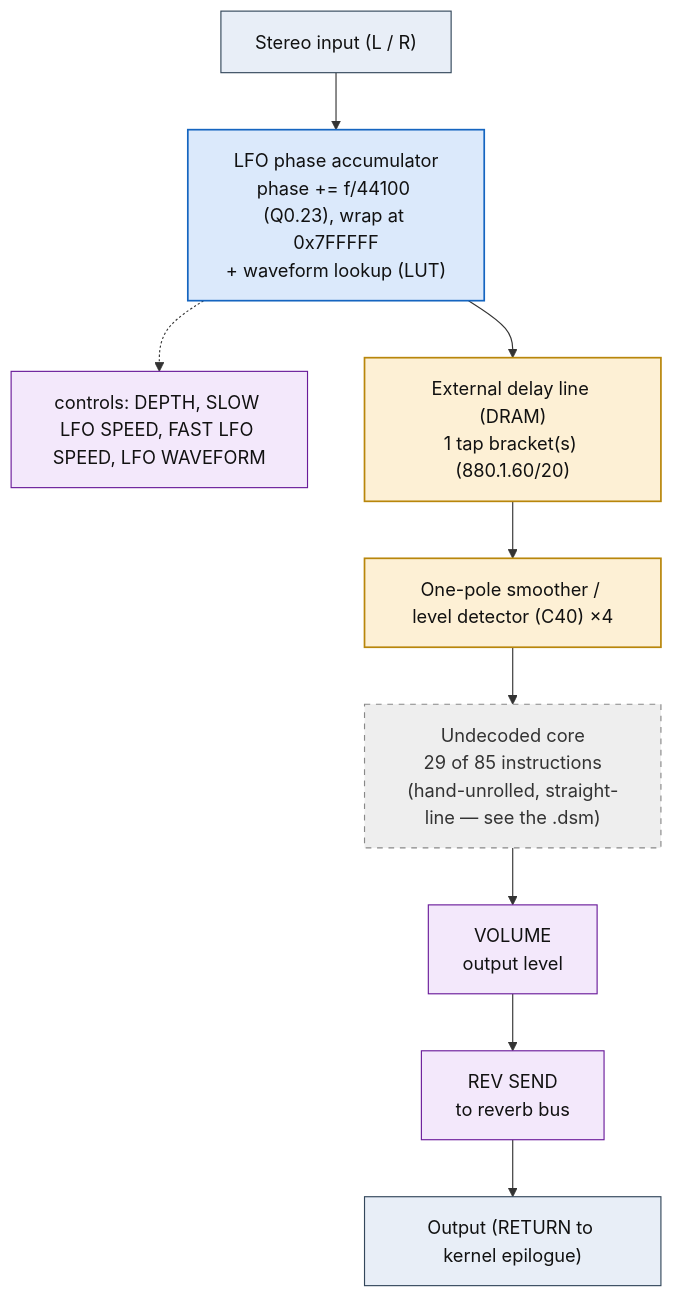
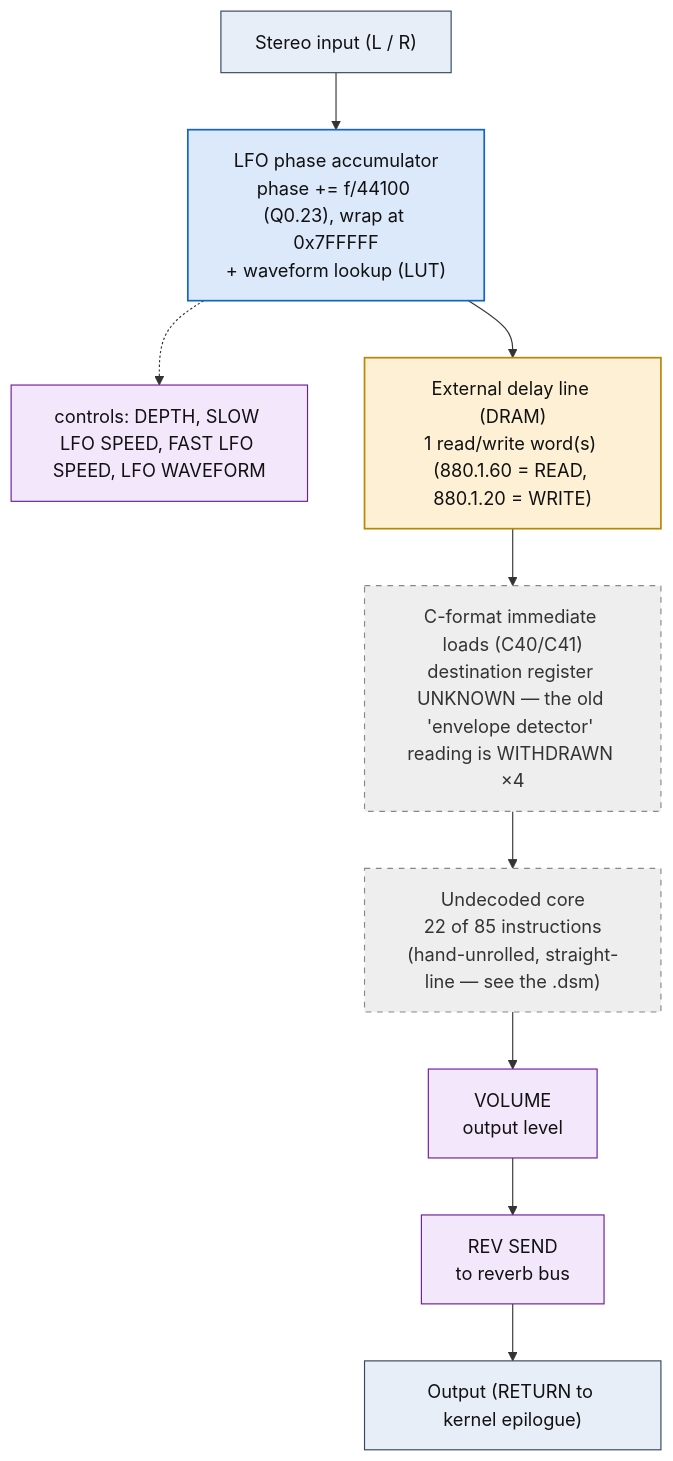
One commit to ArqueologiaDigital/KN5000-docs changed the diagram in flowcharts/prog02_modulated_chorus.md. Above: the diagram before and after it, drawn with Mermaid. The commit also changed other lines of this file and 38 other files, not shown here.

First line of the commit message:
flowcharts: withdraw the envelope-detector reading, decode the DRAM accesses

````diff
--- a/flowcharts/prog02_modulated_chorus.md
+++ b/flowcharts/prog02_modulated_chorus.md
@@ -19,32 +19,32 @@
 ```mermaid
 flowchart TD
     N0["Stereo input (L / R)"]
     N1["LFO phase accumulator<br/>phase += f/44100 (Q0.23), wrap at 0x7FFFFF<br/>+ waveform lookup (LUT)"]
     N0 --> N1
     N2["controls: DEPTH, SLOW LFO SPEED, FAST LFO SPEED, LFO WAVEFORM"]
     N1 -.-> N2
-    N3["External delay line (DRAM)<br/>1 tap bracket(s) (880.1.60/20)"]
+    N3["External delay line (DRAM)<br/>1 read/write word(s) (880.1.60 = READ, 880.1.20 = WRITE)"]
     N1 --> N3
-    N4["One-pole smoother / level detector (C40) &times;4"]
+    N4["C-format immediate loads (C40/C41)<br/>destination register UNKNOWN &mdash; the old 'envelope detector' reading is WITHDRAWN &times;4"]
     N3 --> N4
-    N5["Undecoded core<br/>29 of 85 instructions<br/>(hand-unrolled, straight-line &mdash; see the .dsm)"]
+    N5["Undecoded core<br/>22 of 85 instructions<br/>(hand-unrolled, straight-line &mdash; see the .dsm)"]
     N4 --> N5
     N6["VOLUME<br/>output level"]
     N5 --> N6
     N7["REV SEND<br/>to reverb bus"]
     N6 --> N7
     N8["Output (RETURN to kernel epilogue)"]
     N7 --> N8
 
     classDef io fill:#e8eef7,stroke:#33475b,stroke-width:1px,color:#111;
     classDef proven fill:#d7f0d7,stroke:#2e7d32,stroke-width:2px,color:#111;
     classDef measured fill:#dbe9fb,stroke:#1565c0,stroke-width:1.5px,color:#111;
     classDef inferred fill:#fdf0d5,stroke:#b8860b,stroke-width:1.5px,color:#111;
     classDef open fill:#eeeeee,stroke:#888,stroke-width:1px,color:#333,stroke-dasharray:5 5;
     classDef ctrl fill:#f3e8fb,stroke:#6a1b9a,stroke-width:1px,color:#111;
     class N0,N8 io;
     class N1 measured;
     class N2,N6,N7 ctrl;
-    class N3,N4 inferred;
-    class N5 open;
+    class N3 inferred;
+    class N4,N5 open;
 ```
````
